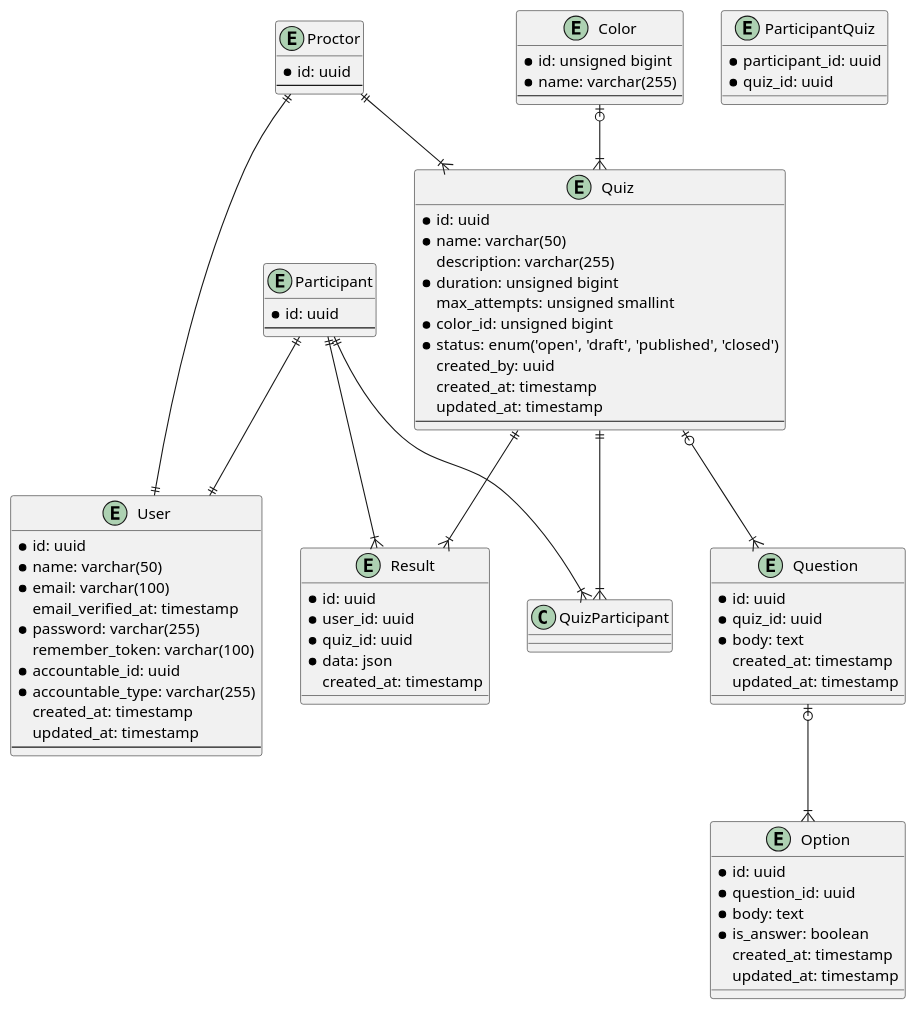
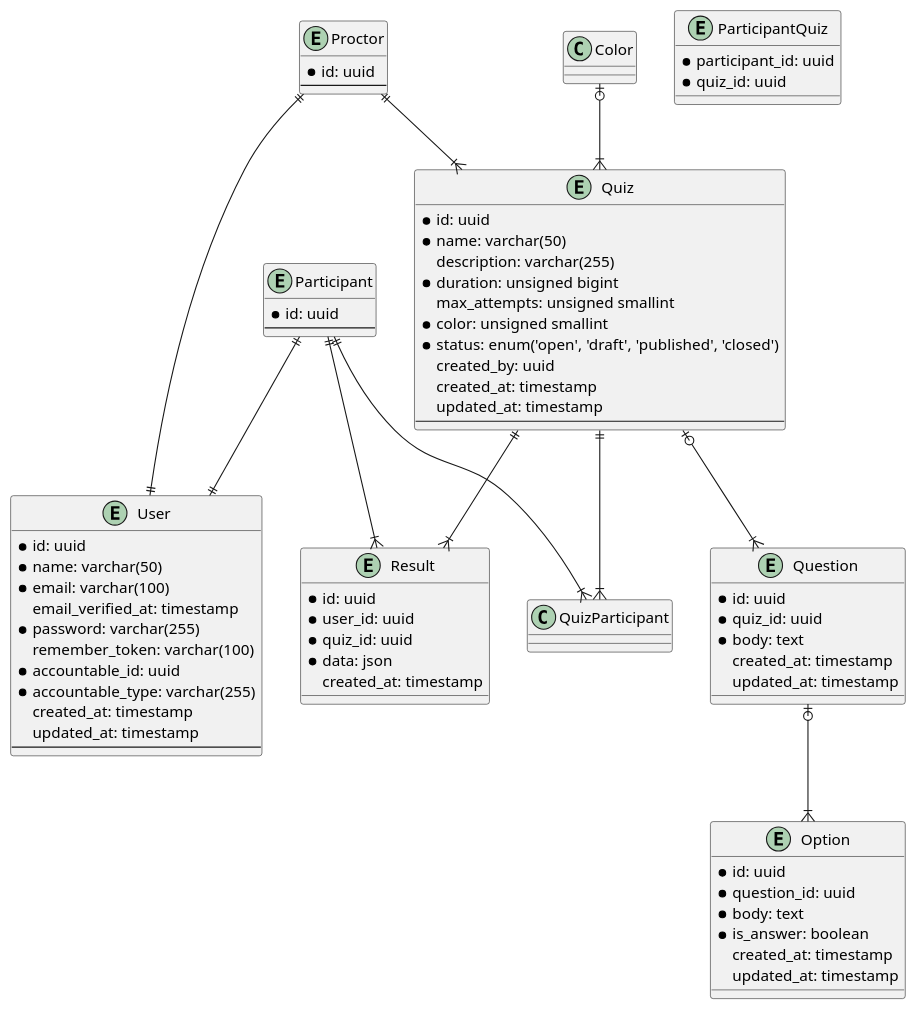
One commit to stackpan/simpliz changed the diagram in docs/database.puml. Above: the diagram before and after it, drawn with PlantUML. The commit also changed 23 other files, not shown here.

```diff
--- a/docs/database.puml
+++ b/docs/database.puml
@@ -1,88 +1,82 @@
 @startuml
 
 entity User {
     * id: uuid
     * name: varchar(50)
     * email: varchar(100)
     email_verified_at: timestamp
     * password: varchar(255)
     remember_token: varchar(100)
     * accountable_id: uuid
     * accountable_type: varchar(255)
     created_at: timestamp
     updated_at: timestamp
     --
 }
 
 entity Participant {
     * id: uuid
     --
 }
 
 entity Proctor {
     * id: uuid
     --
 }
 
 entity Quiz {
     * id: uuid
     * name: varchar(50)
     description: varchar(255)
     * duration: unsigned bigint
     max_attempts: unsigned smallint
-    * color_id: unsigned bigint
+    * color: unsigned smallint
     * status: enum('open', 'draft', 'published', 'closed')
     created_by: uuid
     created_at: timestamp
     updated_at: timestamp
-    --
-}
-
-entity Color {
-    * id: unsigned bigint
-    * name: varchar(255)
     --
 }
 
 entity Question {
     * id: uuid
     * quiz_id: uuid
     * body: text
     created_at: timestamp
     updated_at: timestamp
 }
 
 entity Option {
     * id: uuid
     * question_id: uuid
     * body: text
     * is_answer: boolean
     created_at: timestamp
     updated_at: timestamp
 }
 
 entity ParticipantQuiz {
     * participant_id: uuid
     * quiz_id: uuid
 }
 
 entity Result {
     * id: uuid
     * user_id: uuid
     * quiz_id: uuid
     * data: json
     created_at: timestamp
 }
 
 Color |o--|{ Quiz
 Quiz |o--|{ Question
 Question |o--|{ Option
 Participant ||--|| User
 Proctor ||--|| User
 Quiz ||--|{ QuizParticipant
 Participant ||--|{ QuizParticipant
 Proctor ||--|{ Quiz
 Participant ||--|{ Result
 Quiz ||--|{ Result
 
 @enduml
```
